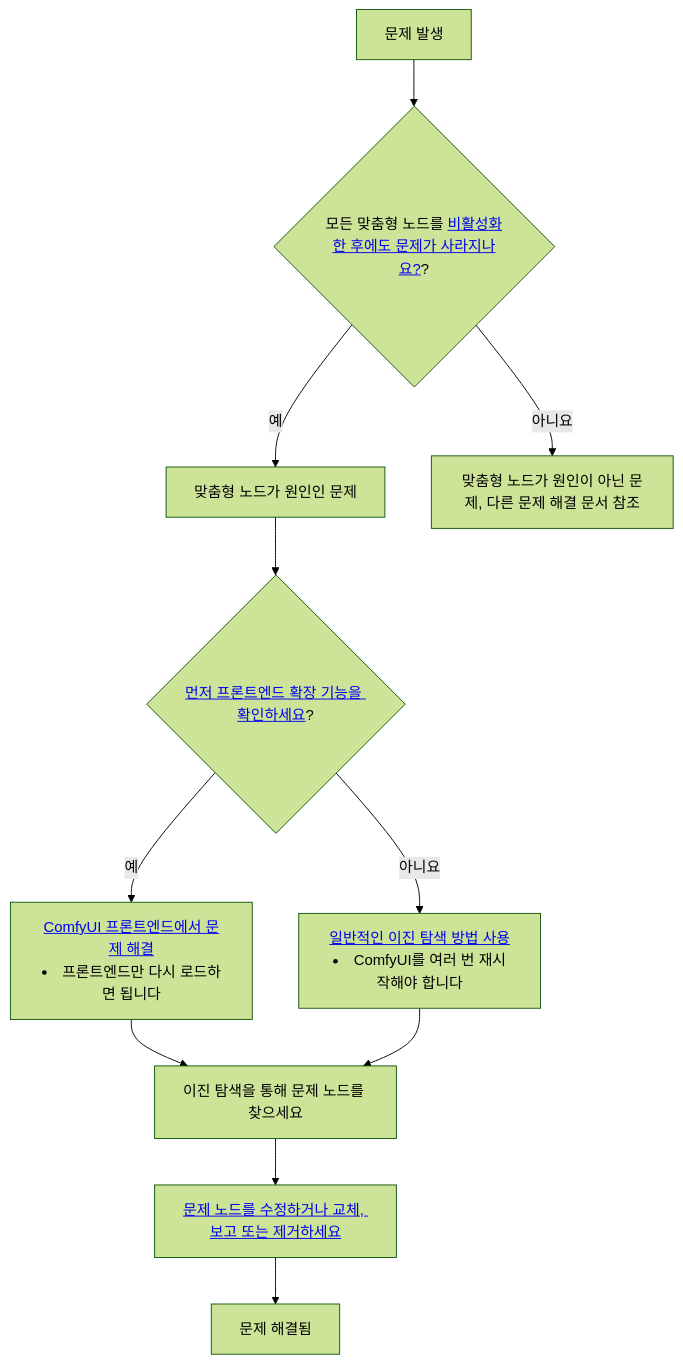
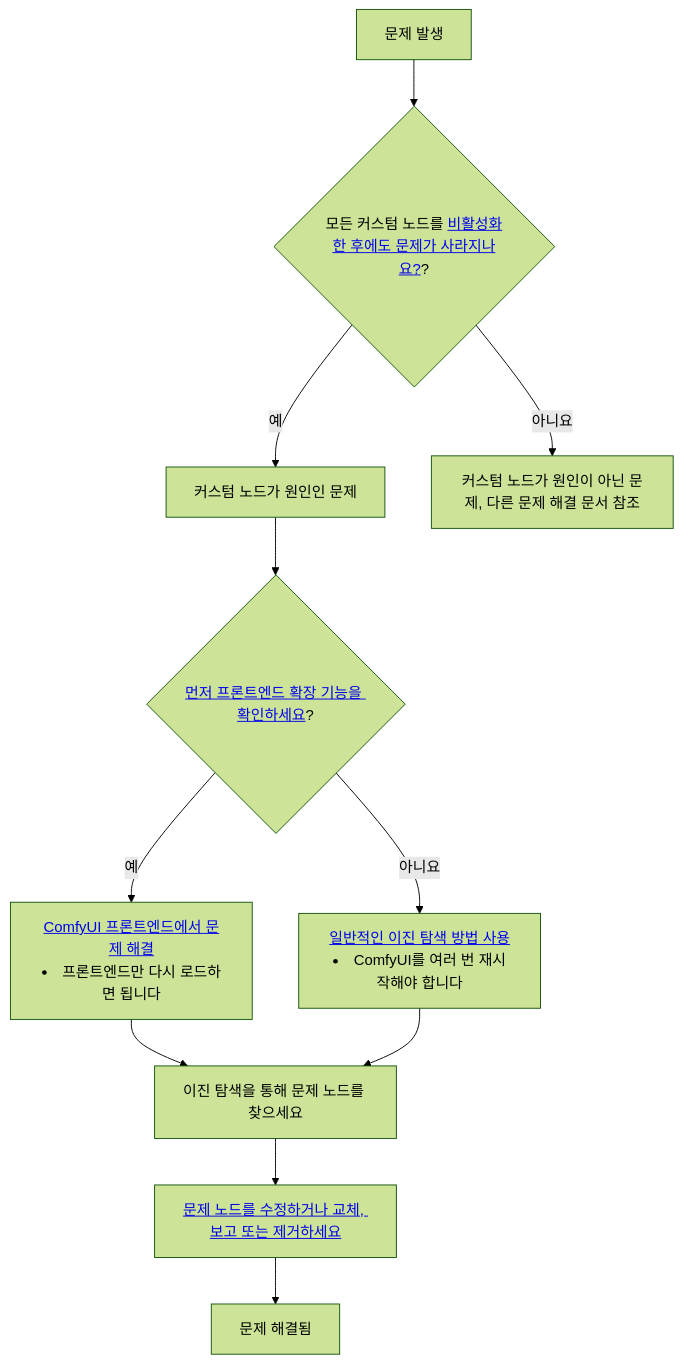
The first of 2 diagrams in ko/troubleshooting/custom-node-issues.mdx (Comfy-Org/docs), drawn with Mermaid (forest theme) before and after one commit. The commit also changed other lines of this file and 53 other files, not shown here.

Commit message:
docs(ko): unify custom node terminology to 커스텀 노드

````diff
--- a/ko/troubleshooting/custom-node-issues.mdx
+++ b/ko/troubleshooting/custom-node-issues.mdx
@@ -13,13 +13,13 @@
 ```mermaid
 flowchart TD
-    A[문제 발생] --> B{모든 맞춤형 노드를 <a href="#how-to-disable-all-custom-nodes%3F">비활성화한 후에도 문제가 사라지나요?</a>?}
-    B -- 예 --> C[맞춤형 노드가 원인인 문제]
-    B -- 아니요 --> D[맞춤형 노드가 원인이 아닌 문제, 다른 문제 해결 문서 참조]
+    A[문제 발생] --> B{모든 커스텀 노드를 <a href="#how-to-disable-all-custom-nodes%3F">비활성화한 후에도 문제가 사라지나요?</a>?}
+    B -- 예 --> C[커스텀 노드가 원인인 문제]
+    B -- 아니요 --> D[커스텀 노드가 원인이 아닌 문제, 다른 문제 해결 문서 참조]
     C --> E{<a href="#1-troubleshooting-the-custom-nodes’-frontend-extensions">먼저 프론트엔드 확장 기능을 확인하세요</a>?}
     E -- 예 --> F[<a href="#1-troubleshooting-the-custom-nodes’-frontend-extensions">ComfyUI 프론트엔드에서 문제 해결</a><br/><li>프론트엔드만 다시 로드하면 됩니다</li>]
     E -- 아니요 --> G[<a href="#2-general-custom-node-troubleshooting">일반적인 이진 탐색 방법 사용</a><li>ComfyUI를 여러 번 재시작해야 합니다</li>]
     F --> H[이진 탐색을 통해 문제 노드를 찾으세요]
     G --> H
     H --> I[<a href="#how-to-fix-the-issue">문제 노드를 수정하거나 교체, 보고 또는 제거하세요</a>]
     I --> J[문제 해결됨]
 ```
````
